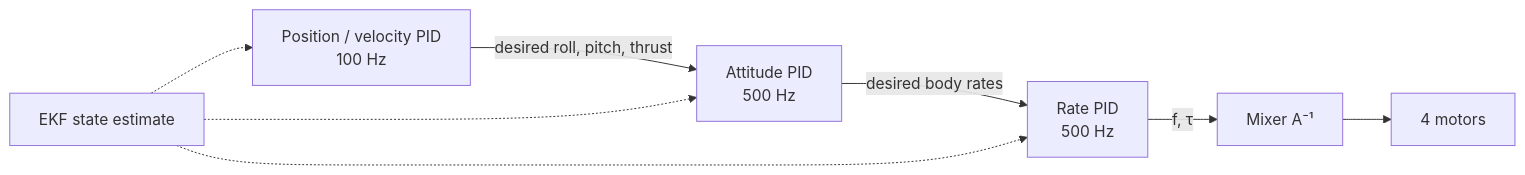
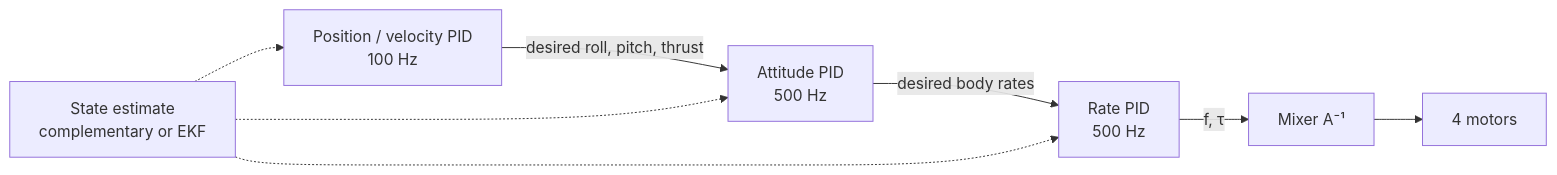
Before and after one commit to znjubery/Robotics-Lab-: the diagram in docs/t-b-aerial.md, drawn with Mermaid. The commit also changed other lines of this file and 23 other files, not shown here.

````diff
--- a/docs/t-b-aerial.md
+++ b/docs/t-b-aerial.md
@@ -82,7 +82,7 @@
 ```mermaid
 flowchart LR
   P[Position / velocity PID<br/>100 Hz] -->|desired roll, pitch, thrust| A[Attitude PID<br/>500 Hz]
   A -->|desired body rates| W[Rate PID<br/>500 Hz]
   W -->|f, τ| M[Mixer A⁻¹] --> Mot[4 motors]
-  E[EKF state estimate] -.-> P & A & W
+  E[State estimate<br/>complementary or EKF] -.-> P & A & W
 ```
````
